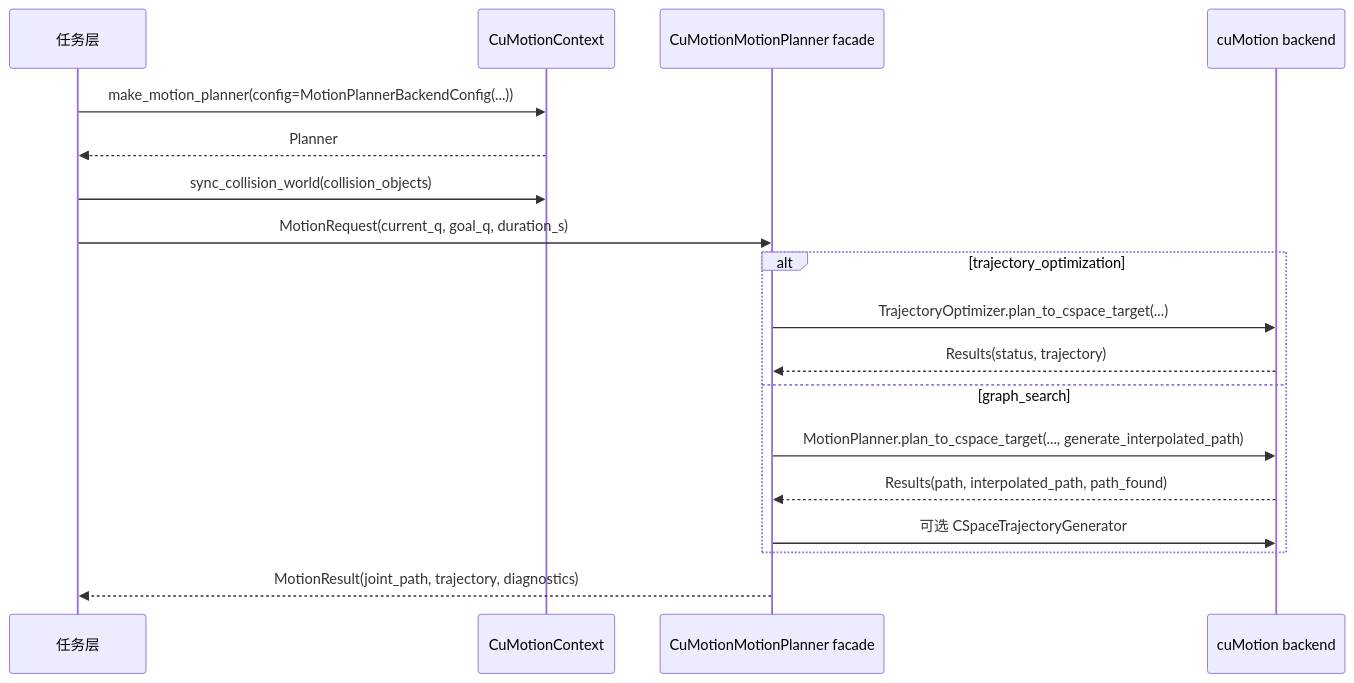
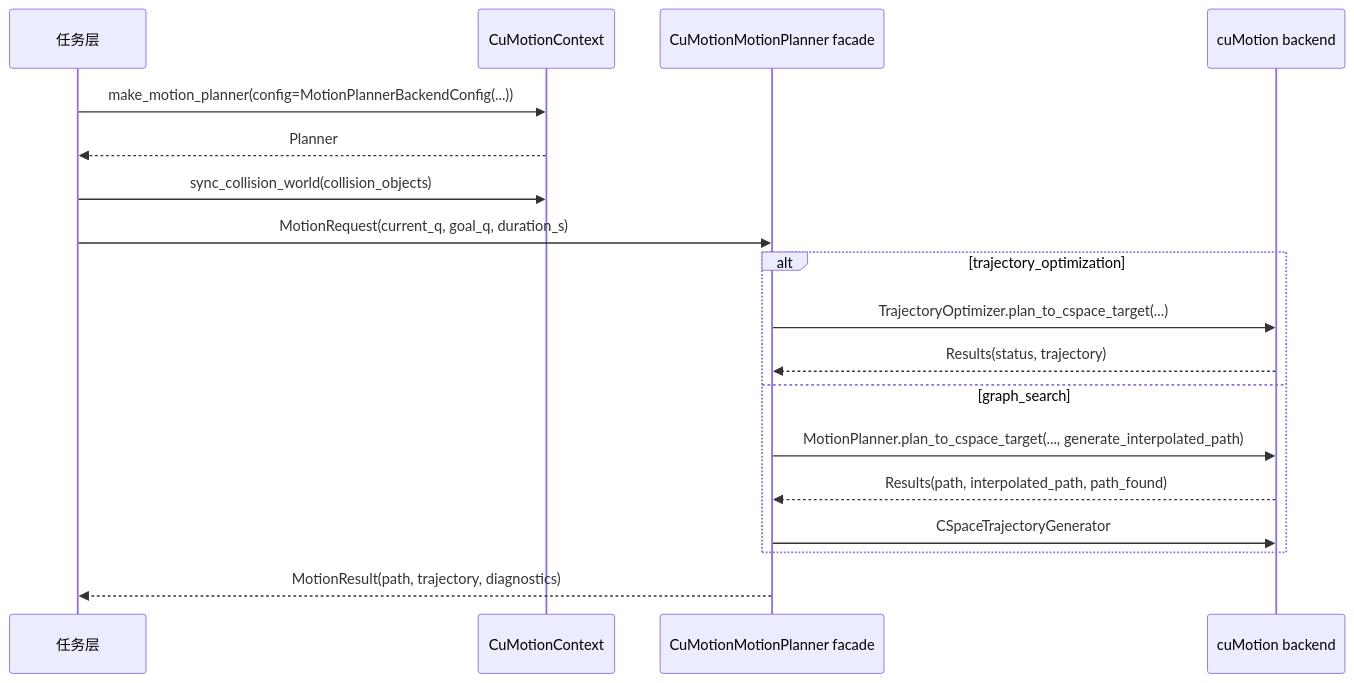
Before and after one commit to linker-bot/linker-sim-isaac: the second of 3 diagrams in docs/cumotion_interface.md, drawn with Mermaid. The commit also changed other lines of this file and 35 other files, not shown here.

Commit message:
Document current cuMotion trajectory flow

````diff
--- a/docs/cumotion_interface.md
+++ b/docs/cumotion_interface.md
@@ -561,21 +560,21 @@
 ```mermaid
 sequenceDiagram
     participant Task as 任务层
     participant Ctx as CuMotionContext
     participant Planner as CuMotionMotionPlanner facade
     participant Cu as cuMotion backend
 
     Task->>Ctx: make_motion_planner(config=MotionPlannerBackendConfig(...))
     Ctx-->>Task: Planner
     Task->>Ctx: sync_collision_world(collision_objects)
     Task->>Planner: MotionRequest(current_q, goal_q, duration_s)
     alt trajectory_optimization
         Planner->>Cu: TrajectoryOptimizer.plan_to_cspace_target(...)
         Cu-->>Planner: Results(status, trajectory)
     else graph_search
         Planner->>Cu: MotionPlanner.plan_to_cspace_target(..., generate_interpolated_path)
         Cu-->>Planner: Results(path, interpolated_path, path_found)
-        Planner->>Cu: 可选 CSpaceTrajectoryGenerator
+        Planner->>Cu: CSpaceTrajectoryGenerator
     end
-    Planner-->>Task: MotionResult(joint_path, trajectory, diagnostics)
+    Planner-->>Task: MotionResult(path, trajectory, diagnostics)
 ```
````
